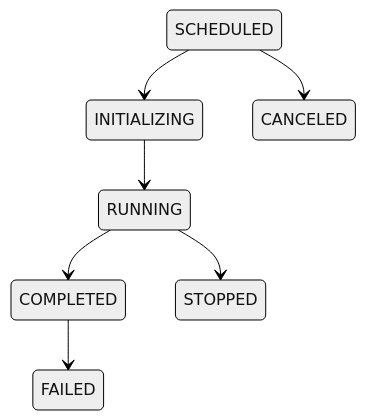
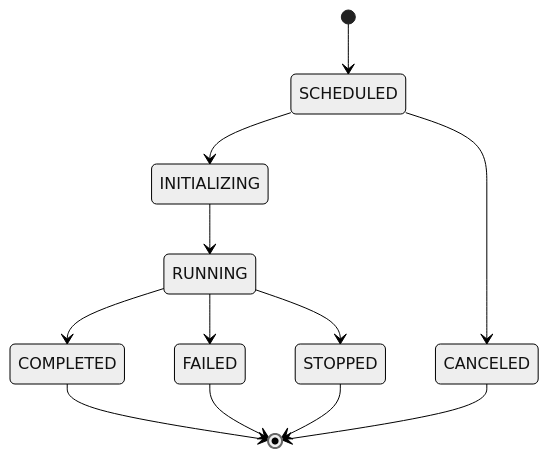
Before and after one commit to ehsaniara/joblet: the second of 3 diagrams in docs/SCHEDULING.md, drawn with Mermaid (neutral theme). The commit also changed other lines of this file and 42 other files, not shown here.

Commit message:
apply mermaid from jsdelivr

````diff
--- a/docs/SCHEDULING.md
+++ b/docs/SCHEDULING.md
@@ -136,9 +136,14 @@
 ```mermaid
 stateDiagram-v2
+    [*] --> SCHEDULED
     SCHEDULED --> INITIALIZING
+    SCHEDULED --> CANCELED
     INITIALIZING --> RUNNING
     RUNNING --> COMPLETED
-    SCHEDULED --> CANCELED
+    RUNNING --> FAILED
     RUNNING --> STOPPED
-    COMPLETED --> FAILED
+    COMPLETED --> [*]
+    FAILED --> [*]
+    STOPPED --> [*]
+    CANCELED --> [*]
 ```
````
